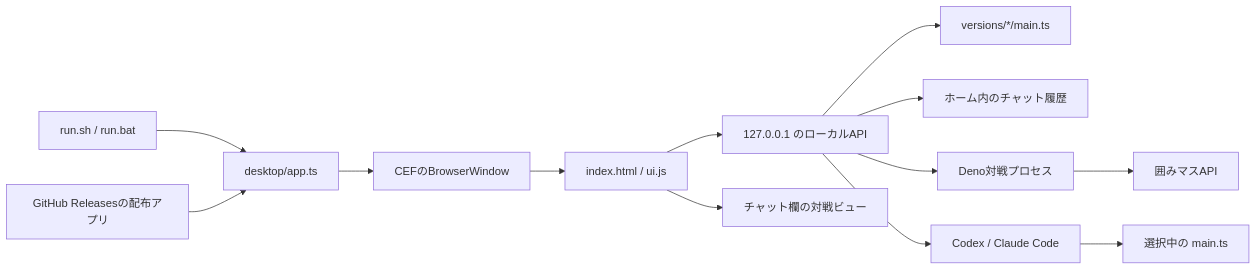
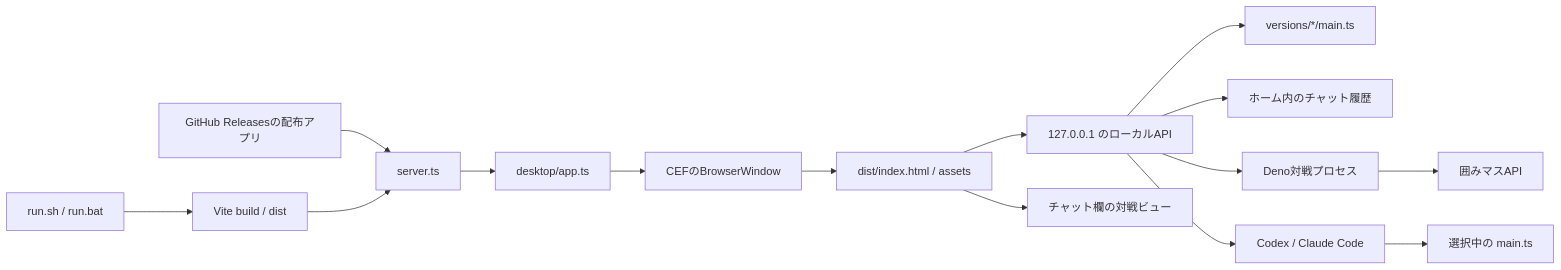
Before and after one commit to kakomimasu/kakomi-code: the diagram in docs/architecture.md, drawn with Mermaid. The commit also changed other lines of this file and 38 other files, not shown here.

````diff
--- a/docs/architecture.md
+++ b/docs/architecture.md
@@ -9,15 +9,17 @@
 ```mermaid
 flowchart LR
-  Launcher[run.sh / run.bat] --> App[desktop/app.ts]
-  Release[GitHub Releasesの配布アプリ] --> App
+  Launcher[run.sh / run.bat] --> Vite[Vite build / dist]
+  Release[GitHub Releasesの配布アプリ] --> Entry[server.ts]
+  Vite --> Entry
+  Entry --> App[desktop/app.ts]
   App --> Window[CEFのBrowserWindow]
-  Window --> UI[index.html / ui.js]
+  Window --> UI[dist/index.html / assets]
   UI --> LocalAPI[127.0.0.1 のローカルAPI]
   UI --> Viewer[チャット欄の対戦ビュー]
   LocalAPI --> Versions[versions/*/main.ts]
   LocalAPI --> History[ホーム内のチャット履歴]
   LocalAPI --> Match[Deno対戦プロセス]
   LocalAPI --> Agent[Codex / Claude Code]
   Match --> Kakomimasu[囲みマスAPI]
   Agent --> SelectedMain[選択中の main.ts]
 ```
````
